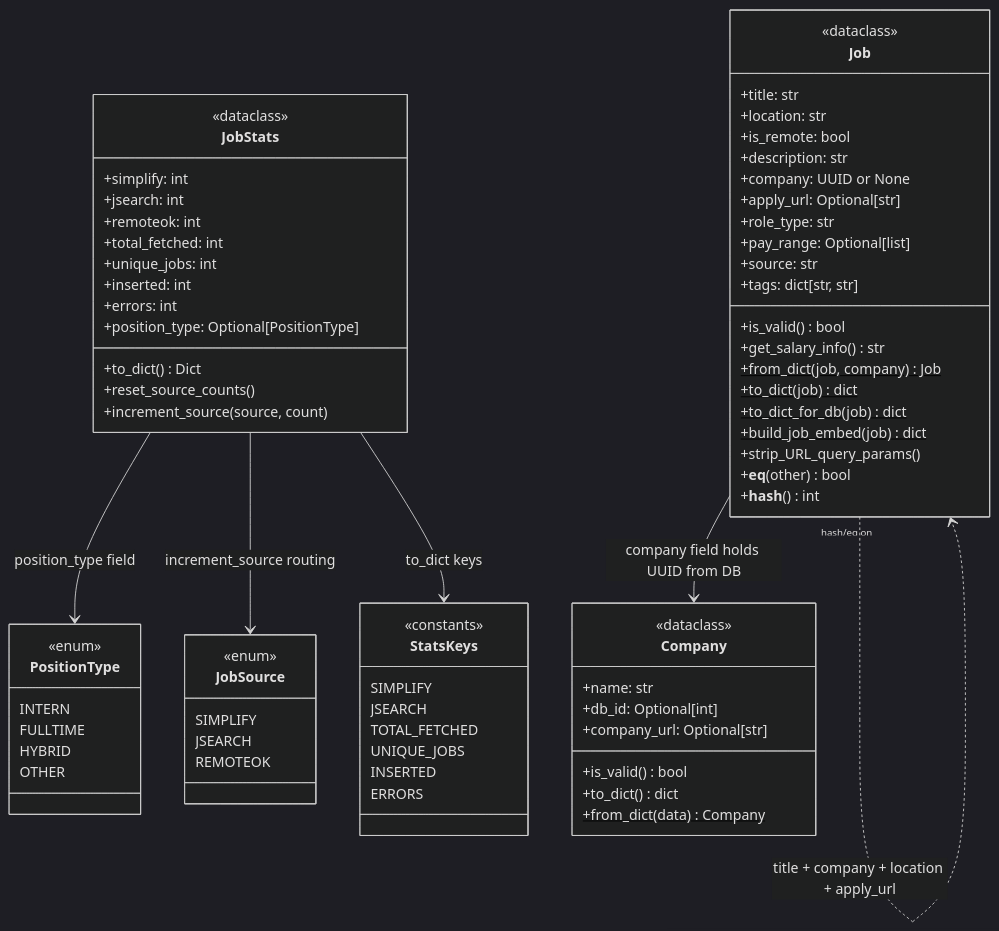
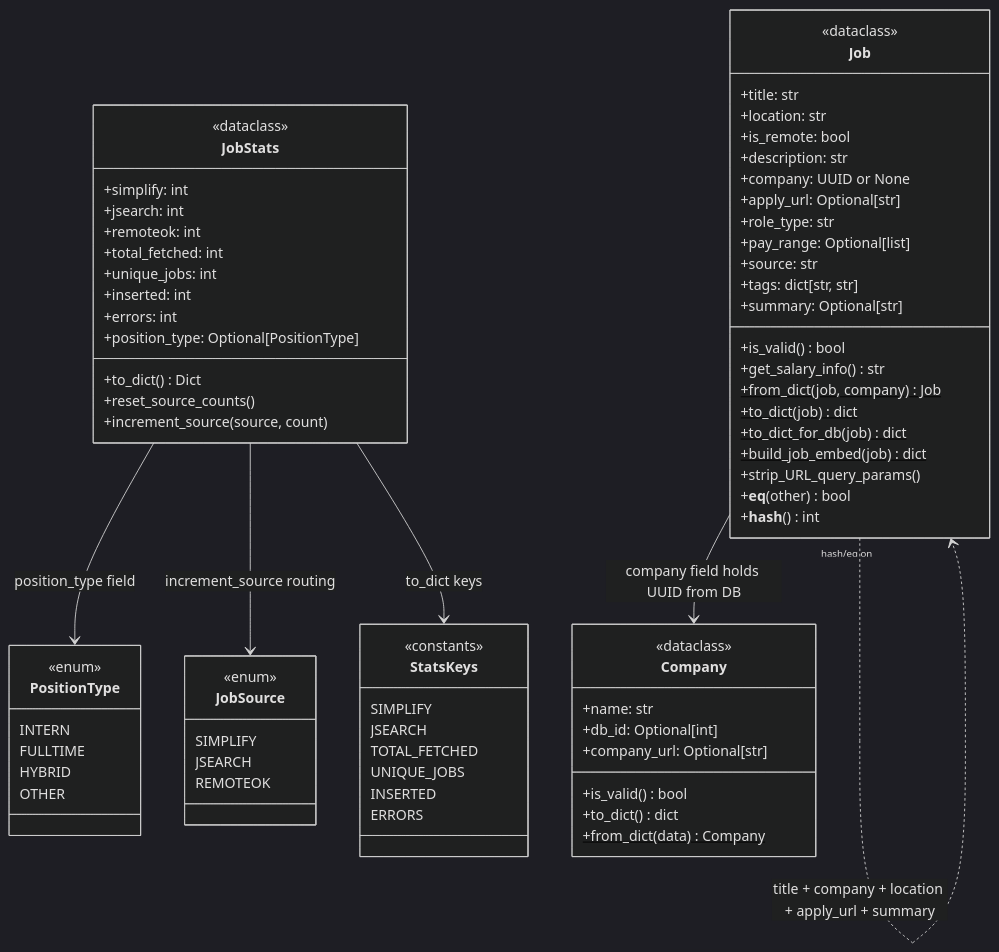
The diagram in docs/diagrams/models_class.md (AustinDwomoh/libra), drawn with Mermaid (dark theme) before and after one commit. The commit also changed 26 other files, not shown here.

````diff
--- a/docs/diagrams/models_class.md
+++ b/docs/diagrams/models_class.md
@@ -13,6 +13,7 @@
         +pay_range: Optional[list]
         +source: str
         +tags: dict[str, str]
+        +summary: Optional[str]
         +is_valid() bool
         +get_salary_info() str
         +from_dict(job, company) Job$
@@ -78,6 +79,6 @@
     JobStats --> PositionType : position_type field
     JobStats --> JobSource : increment_source routing
     JobStats --> StatsKeys : to_dict keys
-    Job "hash/eq on" ..> Job : title + company + location + apply_url
+    Job "hash/eq on" ..> Job : title + company + location + apply_url + summary
 
 ```
````
